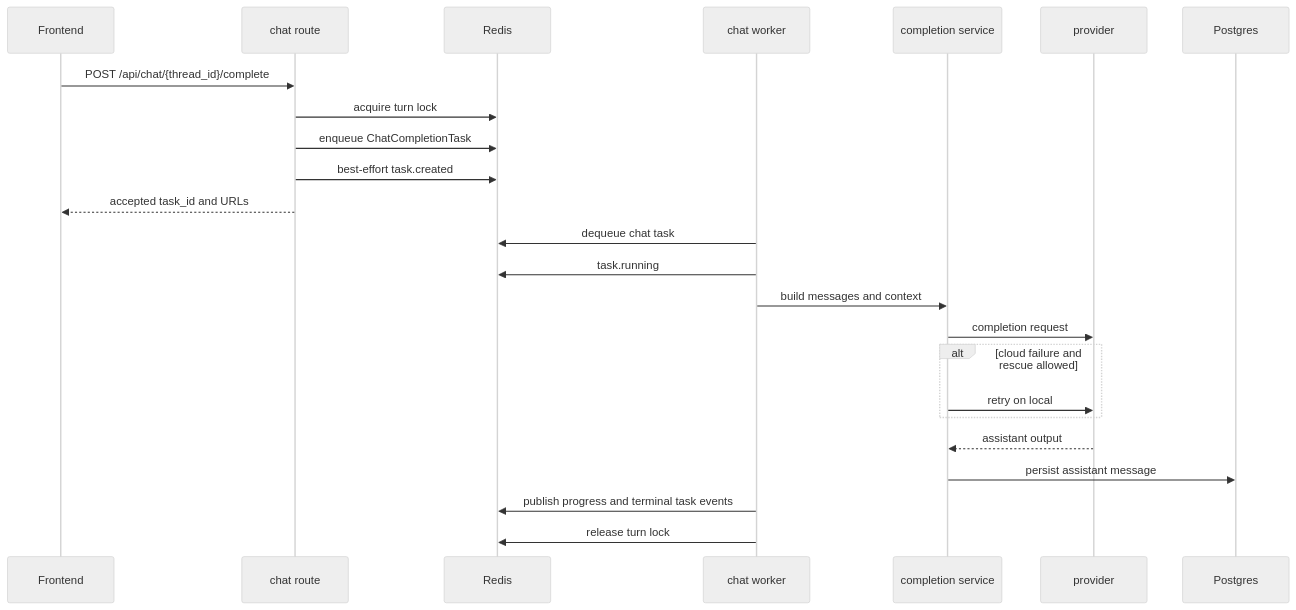
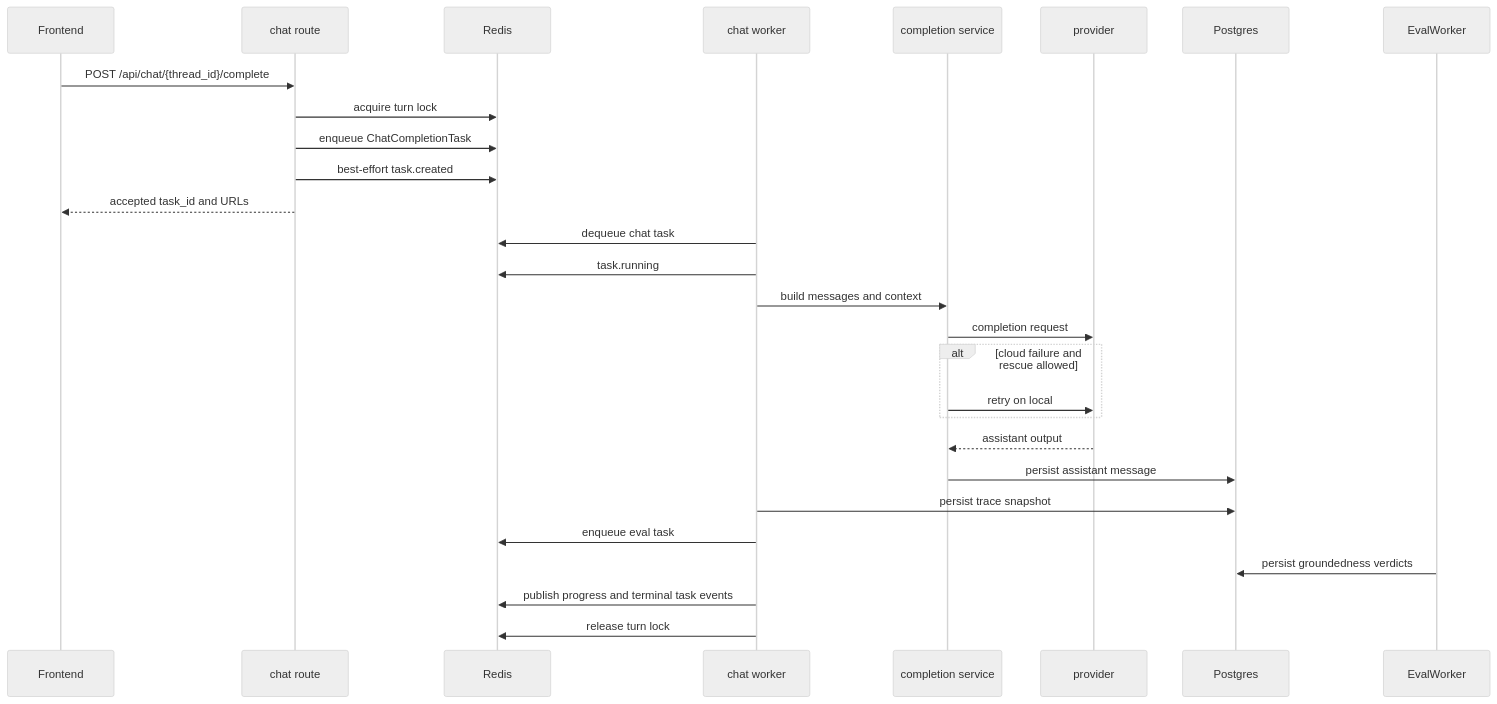
The first of 4 diagrams in docs/architecture/flows.md (Resonant-Jones/Codexify), drawn with Mermaid (neutral theme) before and after one commit. The commit also changed other lines of this file and 17 other files, not shown here.

````diff
--- a/docs/architecture/flows.md
+++ b/docs/architecture/flows.md
@@ -80,27 +86,30 @@
 ```mermaid
 sequenceDiagram
     participant UI as Frontend
     participant ChatAPI as chat route
     participant Redis as Redis
     participant Worker as chat worker
     participant Service as completion service
     participant LLM as provider
     participant PG as Postgres
 
     UI->>ChatAPI: POST /api/chat/{thread_id}/complete
     ChatAPI->>Redis: acquire turn lock
     ChatAPI->>Redis: enqueue ChatCompletionTask
     ChatAPI->>Redis: best-effort task.created
     ChatAPI-->>UI: accepted task_id and URLs
     Worker->>Redis: dequeue chat task
     Worker->>Redis: task.running
     Worker->>Service: build messages and context
     Service->>LLM: completion request
     alt cloud failure and rescue allowed
         Service->>LLM: retry on local
     end
     LLM-->>Service: assistant output
     Service->>PG: persist assistant message
+    Worker->>PG: persist trace snapshot
+    Worker->>Redis: enqueue eval task
+    EvalWorker->>PG: persist groundedness verdicts
     Worker->>Redis: publish progress and terminal task events
     Worker->>Redis: release turn lock
 ```
````
